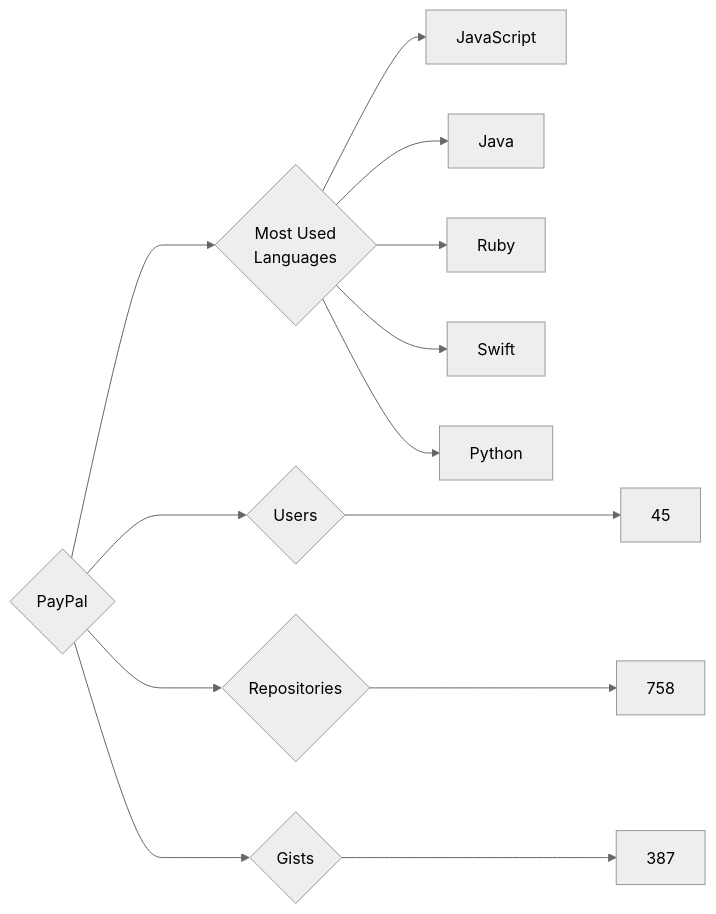
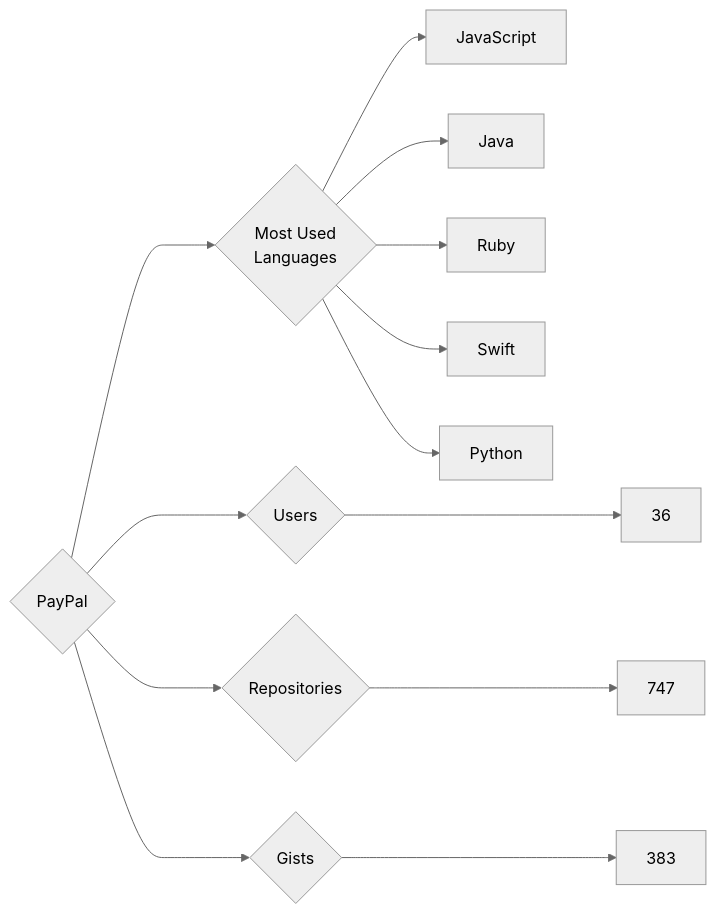
The diagram in targets/PayPal/README.md (trickest/insiders), drawn with Mermaid (neutral theme) before and after one commit. The commit also changed 886 other files, not shown here.

````diff
--- a/targets/PayPal/README.md
+++ b/targets/PayPal/README.md
@@ -3,13 +3,13 @@
 ```mermaid
 graph LR
 COMPANY_NAME{PayPal}
-COMPANY_NAME ---> U{Users} ---> UN[45]
-COMPANY_NAME ---> R{Repositories} ---> RN[758]
-COMPANY_NAME ---> G{Gists} ---> GN[387]
+COMPANY_NAME ---> U{Users} ---> UN[36]
+COMPANY_NAME ---> R{Repositories} ---> RN[747]
+COMPANY_NAME ---> G{Gists} ---> GN[383]
 COMPANY_NAME ---> ML{Most Used<br>Languages}
 ML --> JavaScript[JavaScript]
 ML --> Java[Java]
 ML --> Ruby[Ruby]
 ML --> Swift[Swift]
 ML --> Python[Python]
 ```
````
